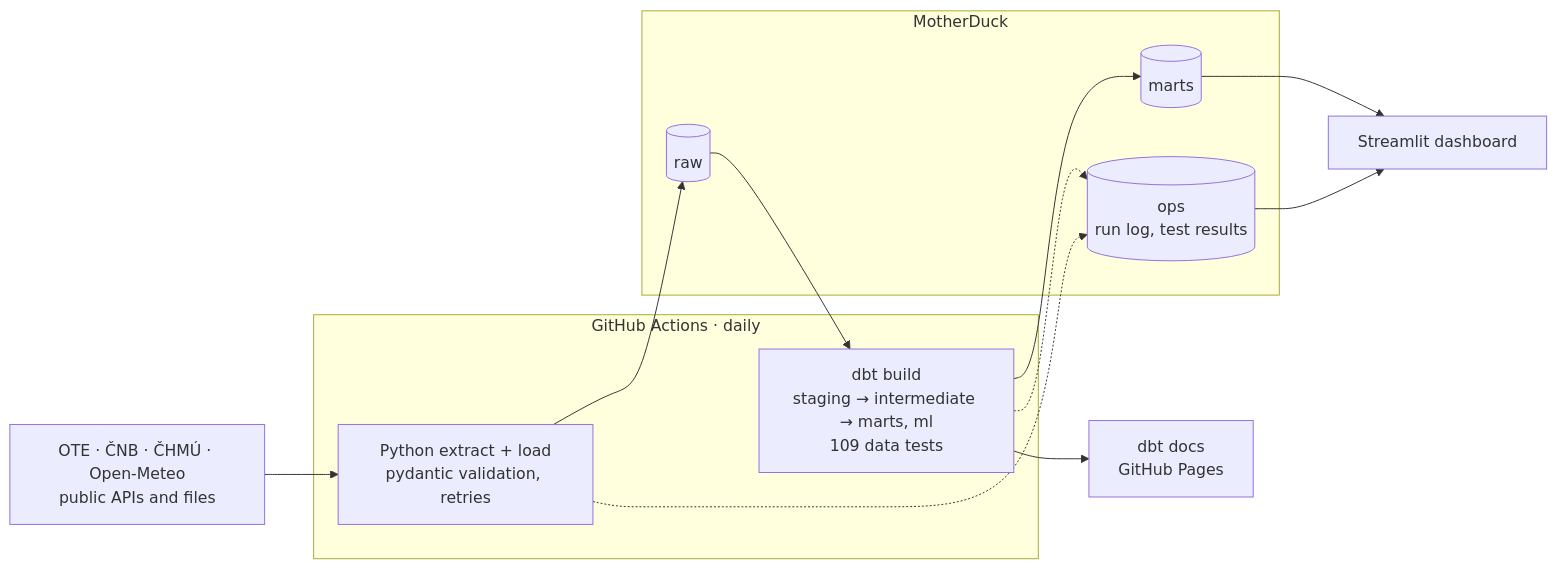
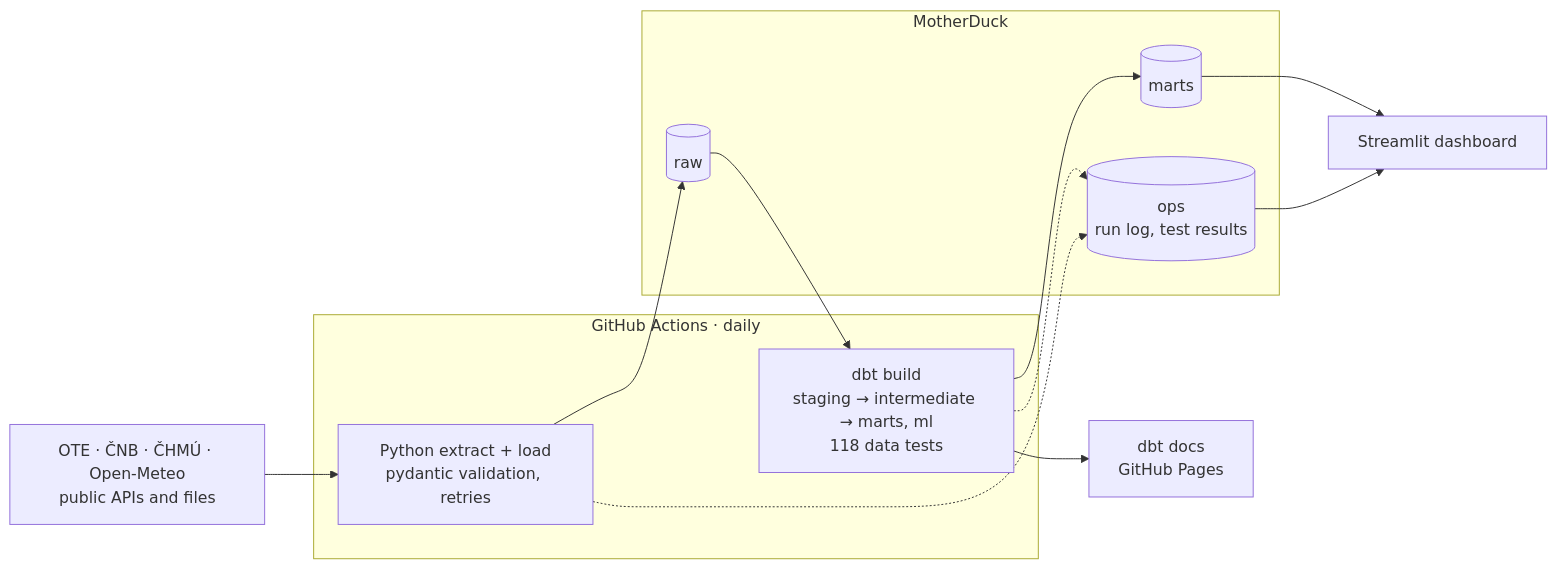
The diagram in README.md (maksympostoiuk/czech-energy-pipeline), drawn with Mermaid before and after one commit. The commit also changed other lines of this file and 16 other files, not shown here.

````diff
--- a/README.md
+++ b/README.md
@@ -29,21 +29,21 @@
 ```mermaid
 flowchart LR
     SRC["OTE · ČNB · ČHMÚ · Open-Meteo<br/>public APIs and files"]
 
     subgraph GHA["GitHub Actions · daily"]
         EL["Python extract + load<br/>pydantic validation, retries"]
-        DBT["dbt build<br/>staging → intermediate → marts, ml<br/>109 data tests"]
+        DBT["dbt build<br/>staging → intermediate → marts, ml<br/>118 data tests"]
     end
 
     subgraph MD["MotherDuck"]
         RAW[("raw")]
         MARTS[("marts")]
         OPS[("ops<br/>run log, test results")]
     end
 
     SRC --> EL --> RAW --> DBT --> MARTS --> APP["Streamlit dashboard"]
     EL -.-> OPS
     DBT -.-> OPS
     OPS --> APP
     DBT --> DOCS["dbt docs<br/>GitHub Pages"]
 ```
````
